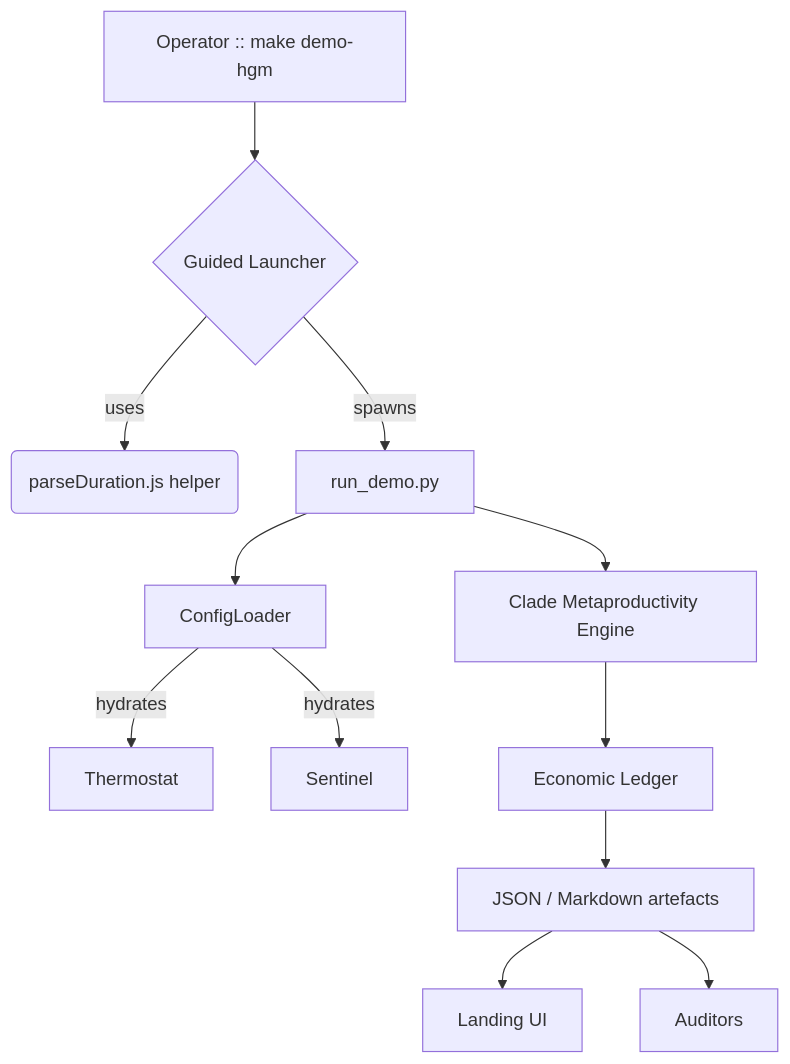
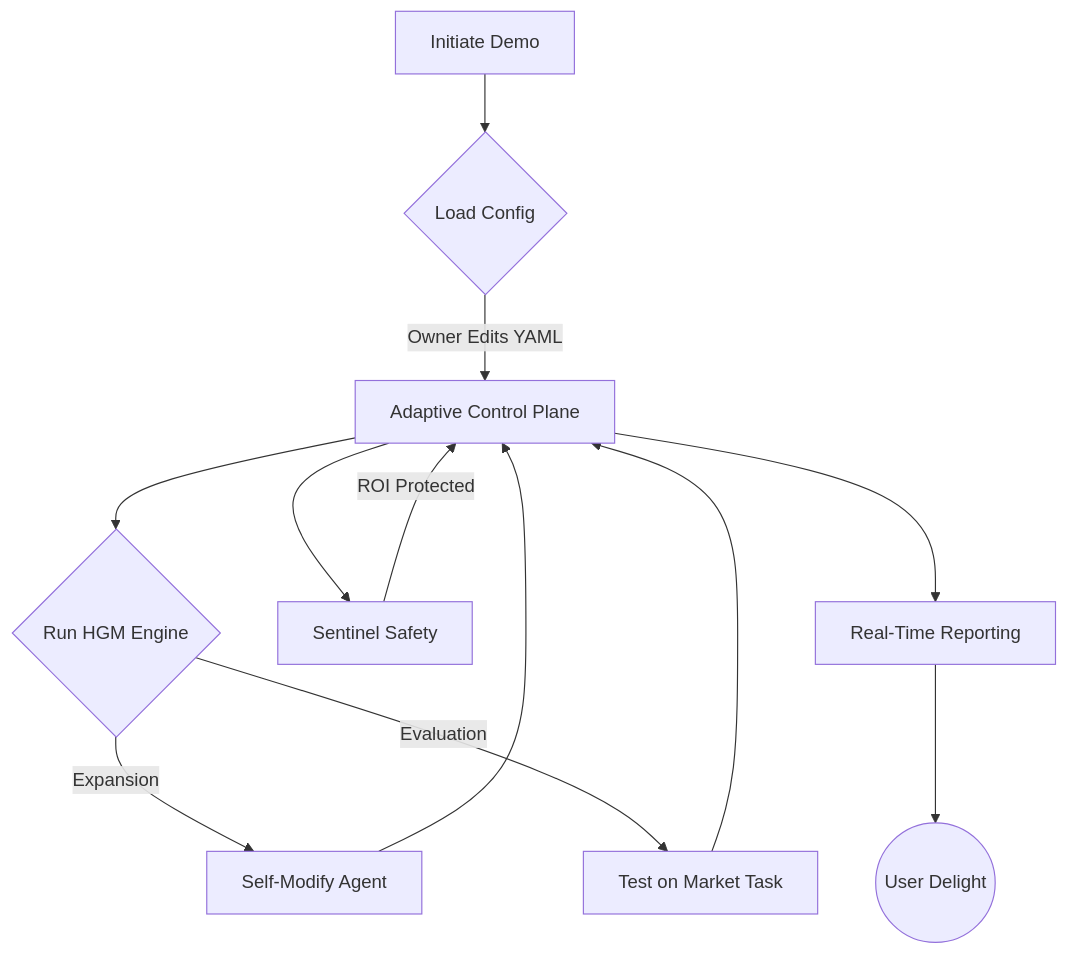
Before and after one commit to MontrealAI/AGIJobsv0: the first of 2 diagrams in demo/Huxley-Godel-Machine-v0/README.md, drawn with Mermaid. The commit also changed other lines of this file and 12 other files, not shown here.

Commit message:
Add immersive HGM demo engine and simulator

````diff
--- a/demo/Huxley-Godel-Machine-v0/README.md
+++ b/demo/Huxley-Godel-Machine-v0/README.md
@@ -90,14 +11,14 @@
 ```mermaid
 graph TD
-  Operator[Operator :: make demo-hgm] --> Launcher{Guided Launcher}
-  Launcher -->|uses| Scripts(parseDuration.js helper)
-  Launcher -->|spawns| DemoCLI[run_demo.py]
-  DemoCLI --> ConfigLoader
-  ConfigLoader -->|hydrates| Thermostat
-  ConfigLoader -->|hydrates| Sentinel
-  DemoCLI --> CMP[Clade Metaproductivity Engine]
-  CMP --> Ledger[Economic Ledger]
-  Ledger --> Reports[JSON / Markdown artefacts]
-  Reports --> UI[Landing UI]
-  Reports --> Auditors
+    A[Initiate Demo] --> B{Load Config}
+    B -->|Owner Edits YAML| C[Adaptive Control Plane]
+    C --> D{Run HGM Engine}
+    D -->|Expansion| E[Self-Modify Agent]
+    D -->|Evaluation| F[Test on Market Task]
+    E --> C
+    F --> C
+    C --> G[Sentinel Safety]
+    G -->|ROI Protected| C
+    C --> H[Real-Time Reporting]
+    H --> I((User Delight))
 ```
````
